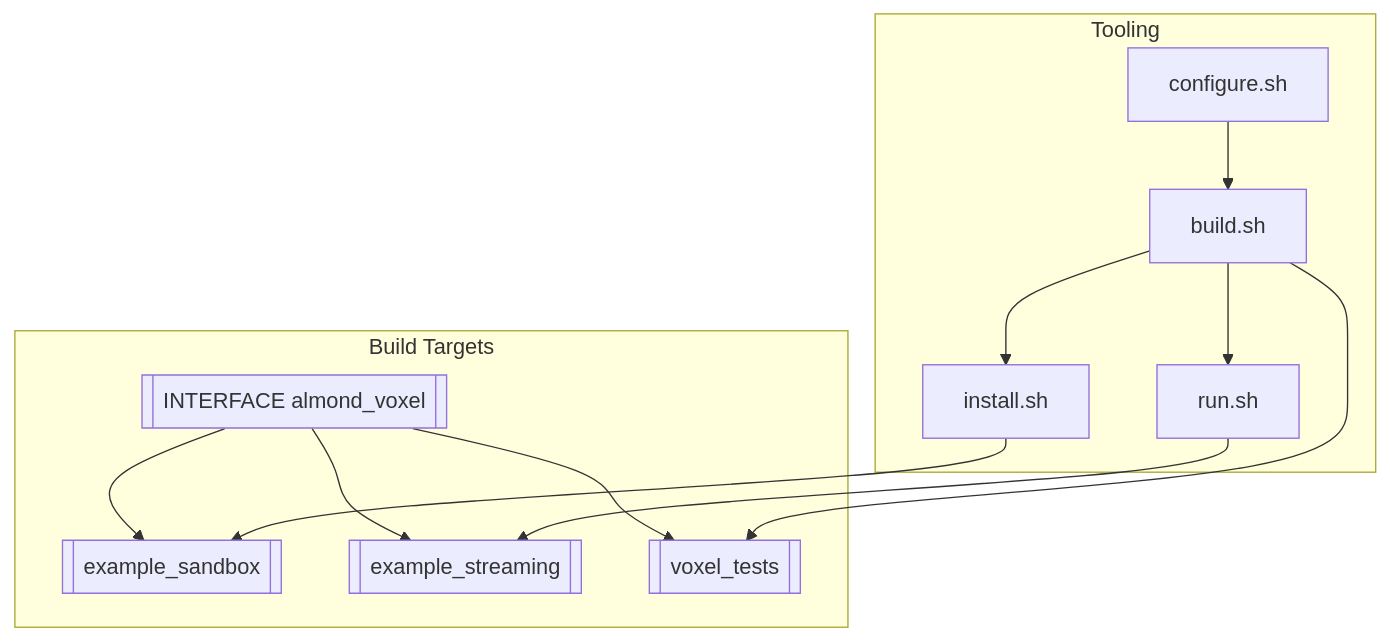
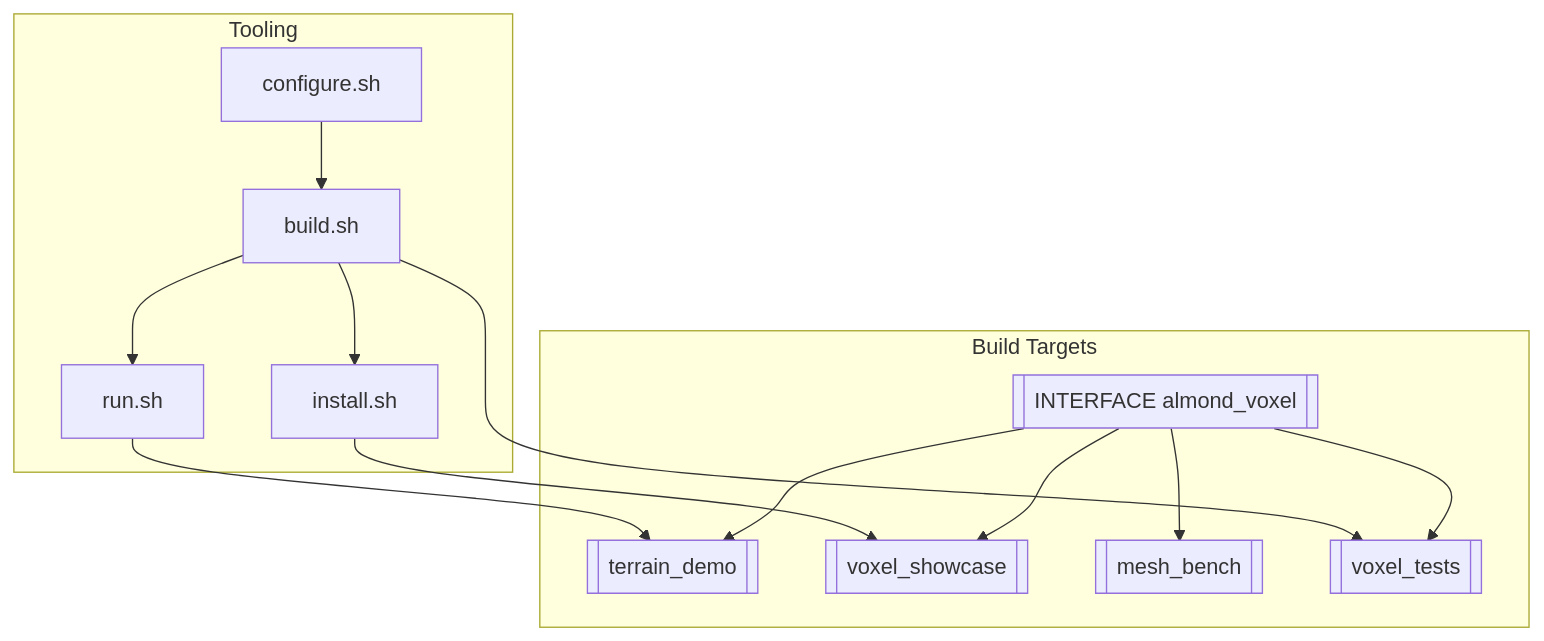
The second of 2 diagrams in README.md (Autodidac/AlmondVoxel), drawn with Mermaid before and after one commit. The commit also changed other lines of this file and 1 other file, not shown here.

Commit message:
Relax terrain collision and improve triangle clipping

````diff
--- a/README.md
+++ b/README.md
@@ -54,24 +62,26 @@
 ```mermaid
 graph TD
     subgraph Build Targets
         HeaderOnly[[INTERFACE almond_voxel]]
-        ExampleSandbox[[example_sandbox]]
-        ExampleStreaming[[example_streaming]]
+        TerrainDemoTarget[[terrain_demo]]
+        ShowcaseTarget[[voxel_showcase]]
+        Benchmarks[[mesh_bench]]
         TestSuite[[voxel_tests]]
     end
 
-    HeaderOnly --> ExampleSandbox
-    HeaderOnly --> ExampleStreaming
+    HeaderOnly --> TerrainDemoTarget
+    HeaderOnly --> ShowcaseTarget
+    HeaderOnly --> Benchmarks
     HeaderOnly --> TestSuite
 
     subgraph Tooling
         Configure[configure.sh]
         Build[build.sh]
         Install[install.sh]
         Run[run.sh]
     end
 
     Configure --> Build --> TestSuite
-    Build --> Install --> ExampleSandbox
-    Build --> Run --> ExampleStreaming
+    Build --> Install --> ShowcaseTarget
+    Build --> Run --> TerrainDemoTarget
 ```
````
